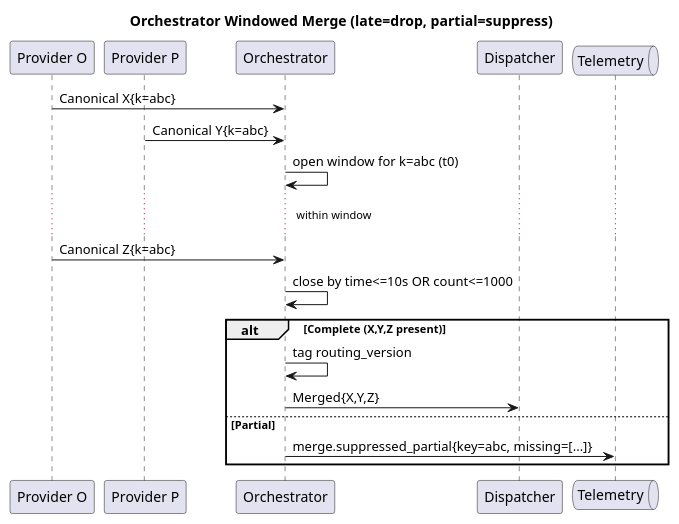
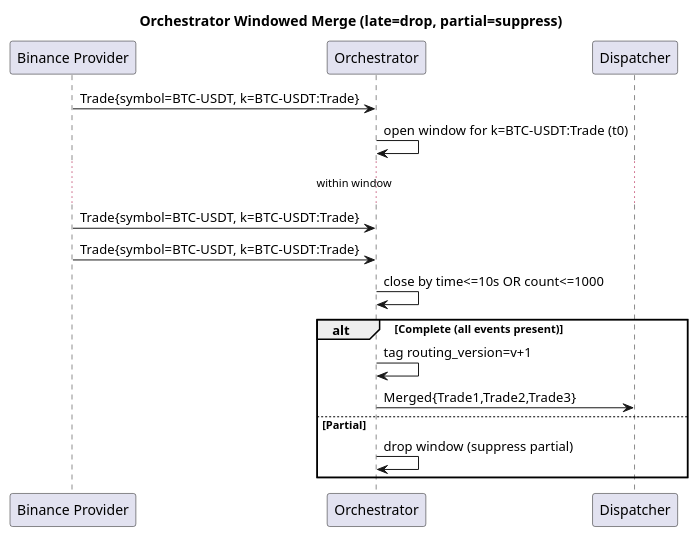
Before and after one commit to coachpo/meltica: the diagram in docs/diagrams/windowed-merge-seq.puml, drawn with PlantUML. The commit also changed 28 other files, not shown here.

```diff
--- a/docs/diagrams/windowed-merge-seq.puml
+++ b/docs/diagrams/windowed-merge-seq.puml
@@ -1,22 +1,20 @@
 @startuml
 title Orchestrator Windowed Merge (late=drop, partial=suppress)
 
-participant "Provider O" as O
-participant "Provider P" as P
+participant "Binance Provider" as PRV
 participant "Orchestrator" as Orc
 participant "Dispatcher" as Disp
-queue "Telemetry" as Tel
 
-O -> Orc : Canonical X{k=abc}
-P -> Orc : Canonical Y{k=abc}
-Orc -> Orc : open window for k=abc (t0)
+PRV -> Orc : Trade{symbol=BTC-USDT, k=BTC-USDT:Trade}
+Orc -> Orc : open window for k=BTC-USDT:Trade (t0)
 ... within window ...
-O -> Orc : Canonical Z{k=abc}
+PRV -> Orc : Trade{symbol=BTC-USDT, k=BTC-USDT:Trade}
+PRV -> Orc : Trade{symbol=BTC-USDT, k=BTC-USDT:Trade}
 Orc -> Orc : close by time<=10s OR count<=1000
-alt Complete (X,Y,Z present)
-  Orc -> Orc : tag routing_version
-  Orc -> Disp : Merged{X,Y,Z}
+alt Complete (all events present)
+  Orc -> Orc : tag routing_version=v+1
+  Orc -> Disp : Merged{Trade1,Trade2,Trade3}
 else Partial
-  Orc -> Tel : merge.suppressed_partial{key=abc, missing=[...]}
+  Orc -> Orc : drop window (suppress partial)
 end
 @enduml
```
